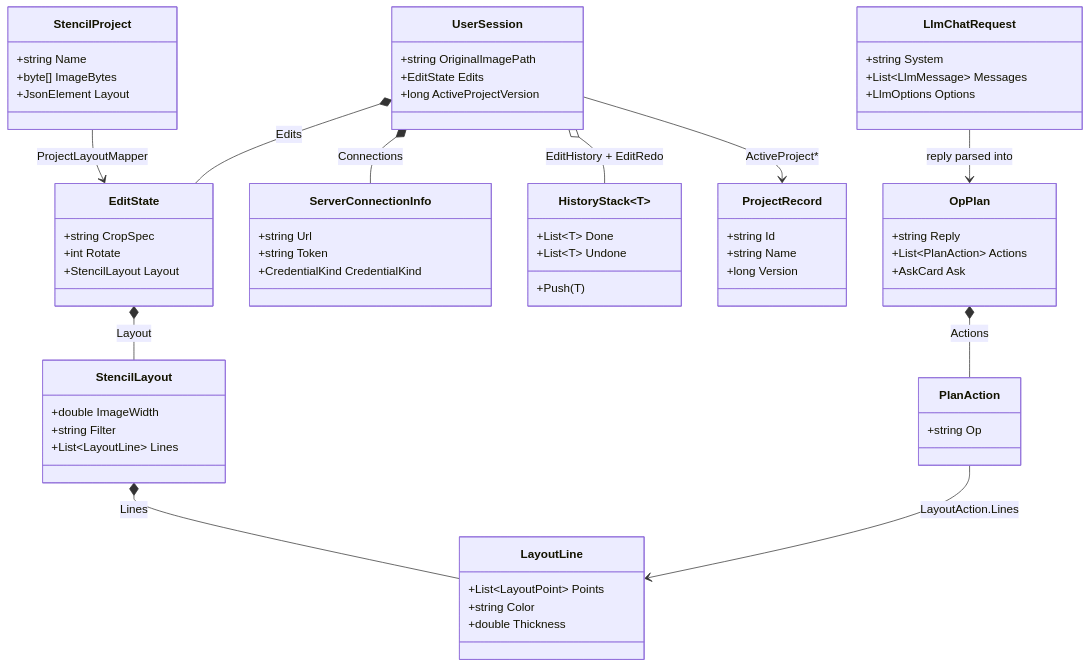
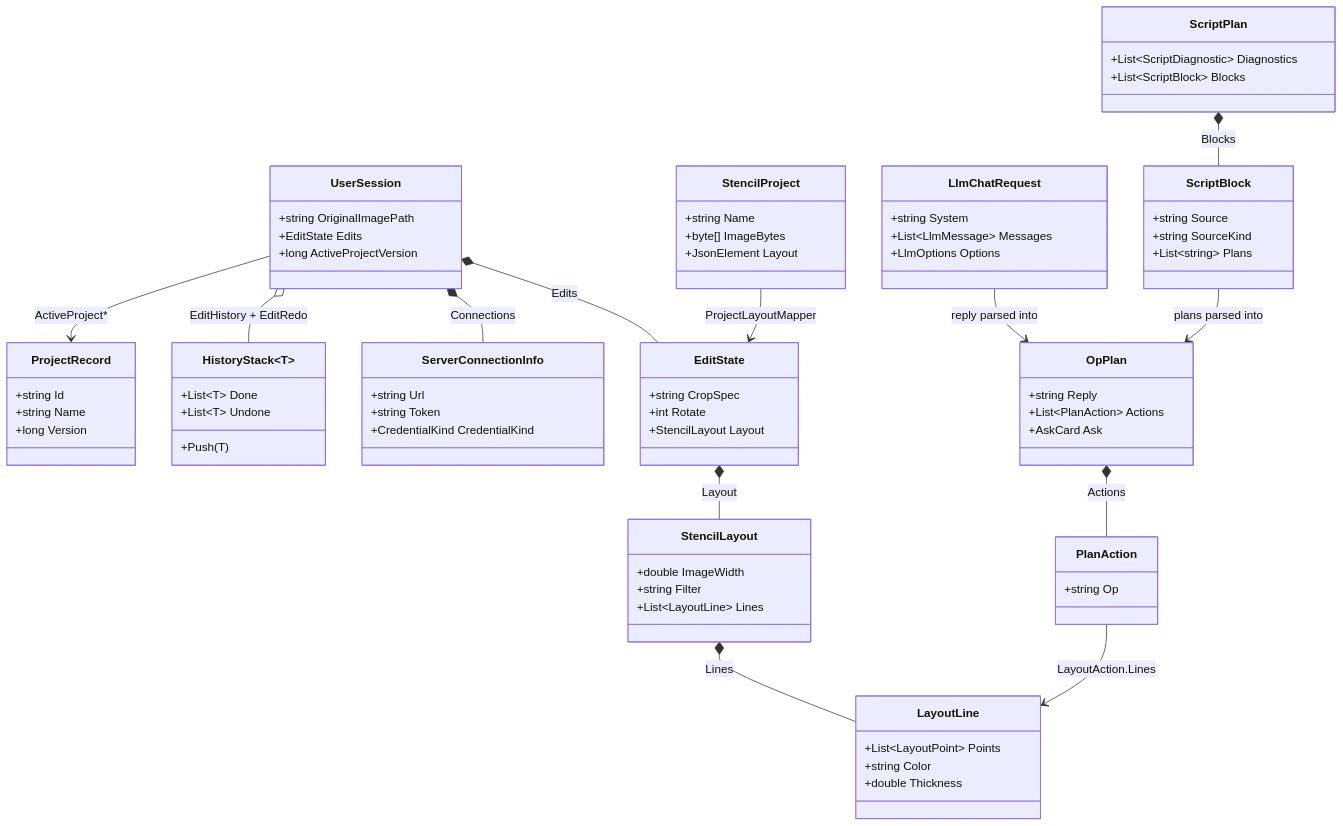
One commit to andrew1407/stencil changed the second of 2 diagrams in bot/ARCHITECTURE.md. Above: the diagram before and after it, drawn with Mermaid. The commit also changed other lines of this file and 1001 other files, not shown here.

````diff
--- a/bot/ARCHITECTURE.md
+++ b/bot/ARCHITECTURE.md
@@ -72,66 +72,77 @@
 ```mermaid
 classDiagram
     class UserSession {
         +string OriginalImagePath
         +EditState Edits
         +long ActiveProjectVersion
     }
     class EditState {
         +string CropSpec
         +int Rotate
         +StencilLayout Layout
     }
     class HistoryStack~T~ {
         +List~T~ Done
         +List~T~ Undone
         +Push(T)
     }
     class StencilLayout {
         +double ImageWidth
         +string Filter
         +List~LayoutLine~ Lines
     }
     class LayoutLine {
         +List~LayoutPoint~ Points
         +string Color
         +double Thickness
     }
     class ServerConnectionInfo {
         +string Url
         +string Token
         +CredentialKind CredentialKind
     }
     class ProjectRecord {
         +string Id
         +string Name
         +long Version
     }
     class StencilProject {
         +string Name
         +byte[] ImageBytes
         +JsonElement Layout
     }
     class OpPlan {
         +string Reply
         +List~PlanAction~ Actions
         +AskCard Ask
     }
     class PlanAction {
         +string Op
     }
     class LlmChatRequest {
         +string System
         +List~LlmMessage~ Messages
         +LlmOptions Options
     }
+    class ScriptPlan {
+        +List~ScriptDiagnostic~ Diagnostics
+        +List~ScriptBlock~ Blocks
+    }
+    class ScriptBlock {
+        +string Source
+        +string SourceKind
+        +List~string~ Plans
+    }
     UserSession *-- EditState : Edits
     UserSession *-- ServerConnectionInfo : Connections
     UserSession o-- HistoryStack : EditHistory + EditRedo
     UserSession --> ProjectRecord : ActiveProject*
     EditState *-- StencilLayout : Layout
     StencilLayout *-- LayoutLine : Lines
     StencilProject --> EditState : ProjectLayoutMapper
     OpPlan *-- PlanAction : Actions
     PlanAction --> LayoutLine : LayoutAction.Lines
     LlmChatRequest --> OpPlan : reply parsed into
+    ScriptPlan *-- ScriptBlock : Blocks
+    ScriptBlock --> OpPlan : plans parsed into
 ```
````
